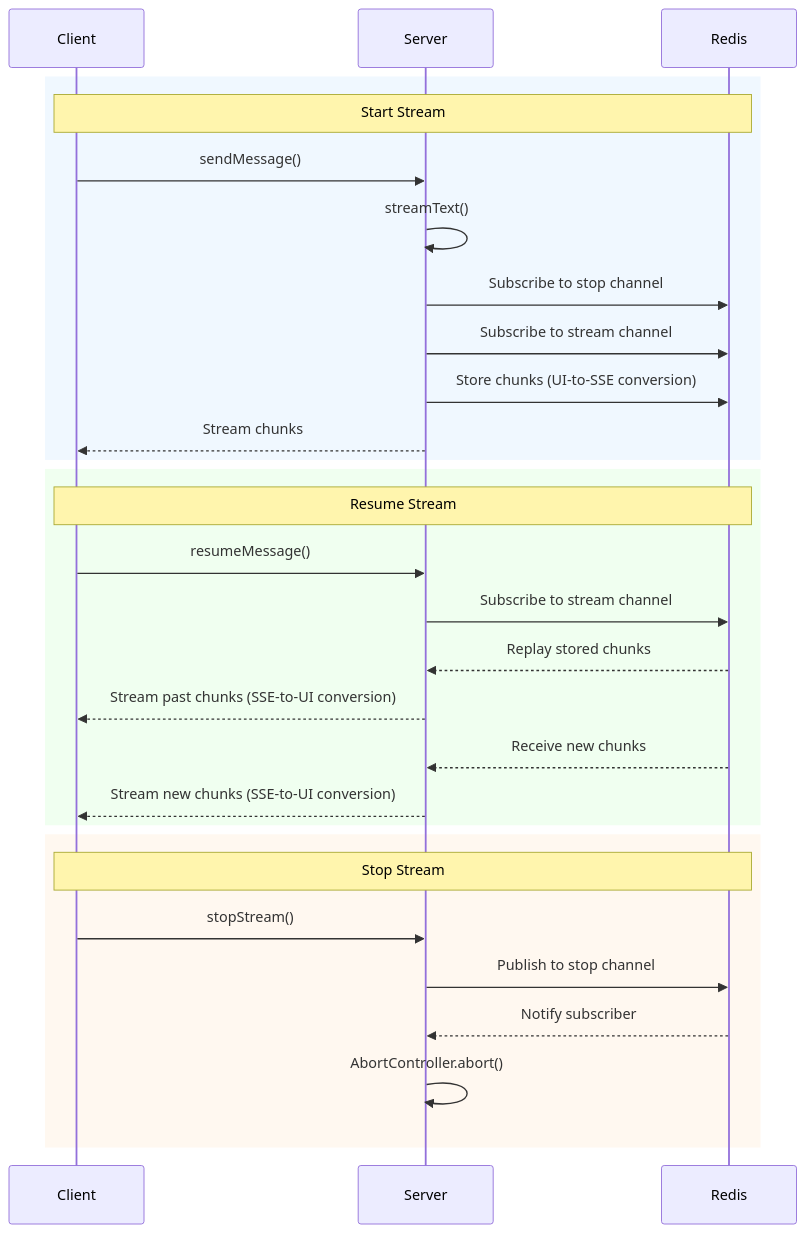
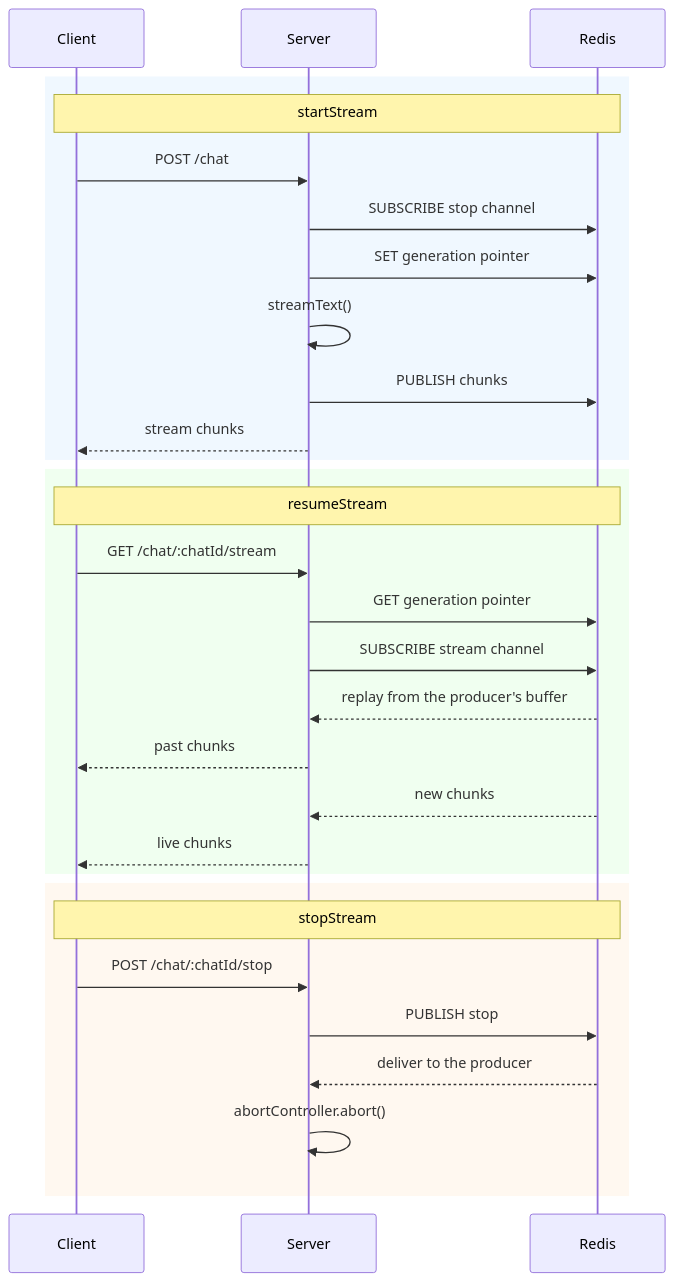
The first of 2 diagrams in README.md (zirkelc/ai-resumable-stream), drawn with Mermaid before and after one commit. The commit also changed other lines of this file and 38 other files, not shown here.

````diff
--- a/README.md
+++ b/README.md
@@ -29,34 +230,35 @@
 ```mermaid
 sequenceDiagram
     participant Client
     participant Server
     participant Redis
 
     rect rgb(240, 248, 255)
-        Note over Client,Redis: Start Stream
-        Client->>Server: sendMessage()
+        Note over Client,Redis: startStream
+        Client->>Server: POST /chat
+        Server->>Redis: SUBSCRIBE stop channel
+        Server->>Redis: SET generation pointer
         Server->>Server: streamText()
-        Server->>Redis: Subscribe to stop channel
-        Server->>Redis: Subscribe to stream channel
-        Server->>Redis: Store chunks (UI-to-SSE conversion)
-        Server-->>Client: Stream chunks
+        Server->>Redis: PUBLISH chunks
+        Server-->>Client: stream chunks
     end
 
     rect rgb(240, 255, 240)
-        Note over Client,Redis: Resume Stream
-        Client->>Server: resumeMessage()
-        Server->>Redis: Subscribe to stream channel
-        Redis-->>Server: Replay stored chunks
-        Server-->>Client: Stream past chunks (SSE-to-UI conversion)
-        Redis-->>Server: Receive new chunks
-        Server-->>Client: Stream new chunks (SSE-to-UI conversion)
+        Note over Client,Redis: resumeStream
+        Client->>Server: GET /chat/:chatId/stream
+        Server->>Redis: GET generation pointer
+        Server->>Redis: SUBSCRIBE stream channel
+        Redis-->>Server: replay from the producer's buffer
+        Server-->>Client: past chunks
+        Redis-->>Server: new chunks
+        Server-->>Client: live chunks
     end
 
     rect rgb(255, 248, 240)
-        Note over Client,Redis: Stop Stream
-        Client->>Server: stopStream()
-        Server->>Redis: Publish to stop channel
-        Redis-->>Server: Notify subscriber
-        Server->>Server: AbortController.abort()
+        Note over Client,Redis: stopStream
+        Client->>Server: POST /chat/:chatId/stop
+        Server->>Redis: PUBLISH stop
+        Redis-->>Server: deliver to the producer
+        Server->>Server: abortController.abort()
     end
 ```
````
